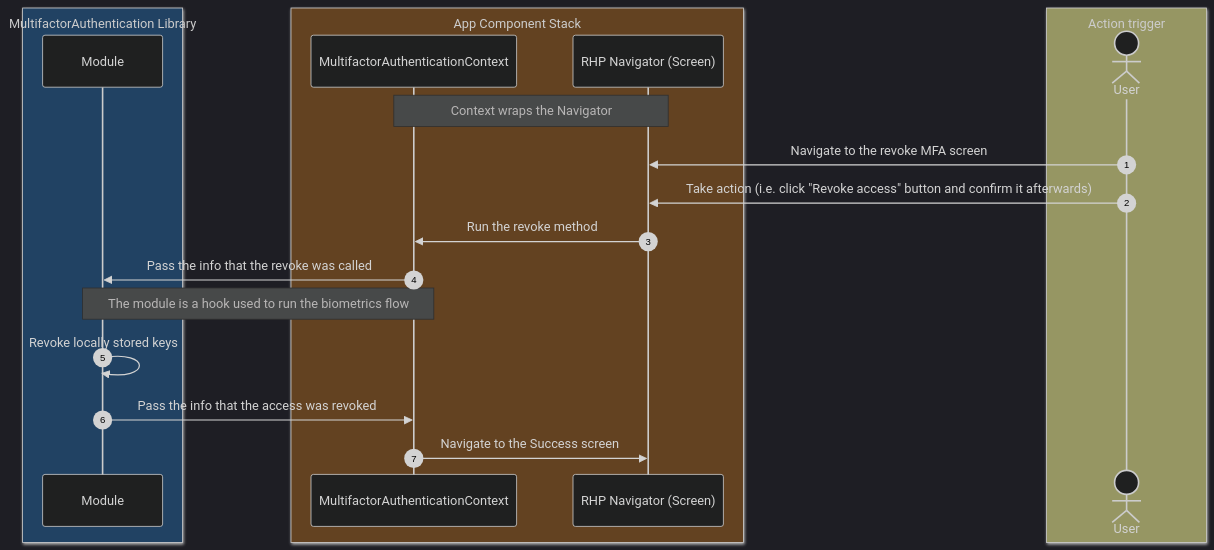
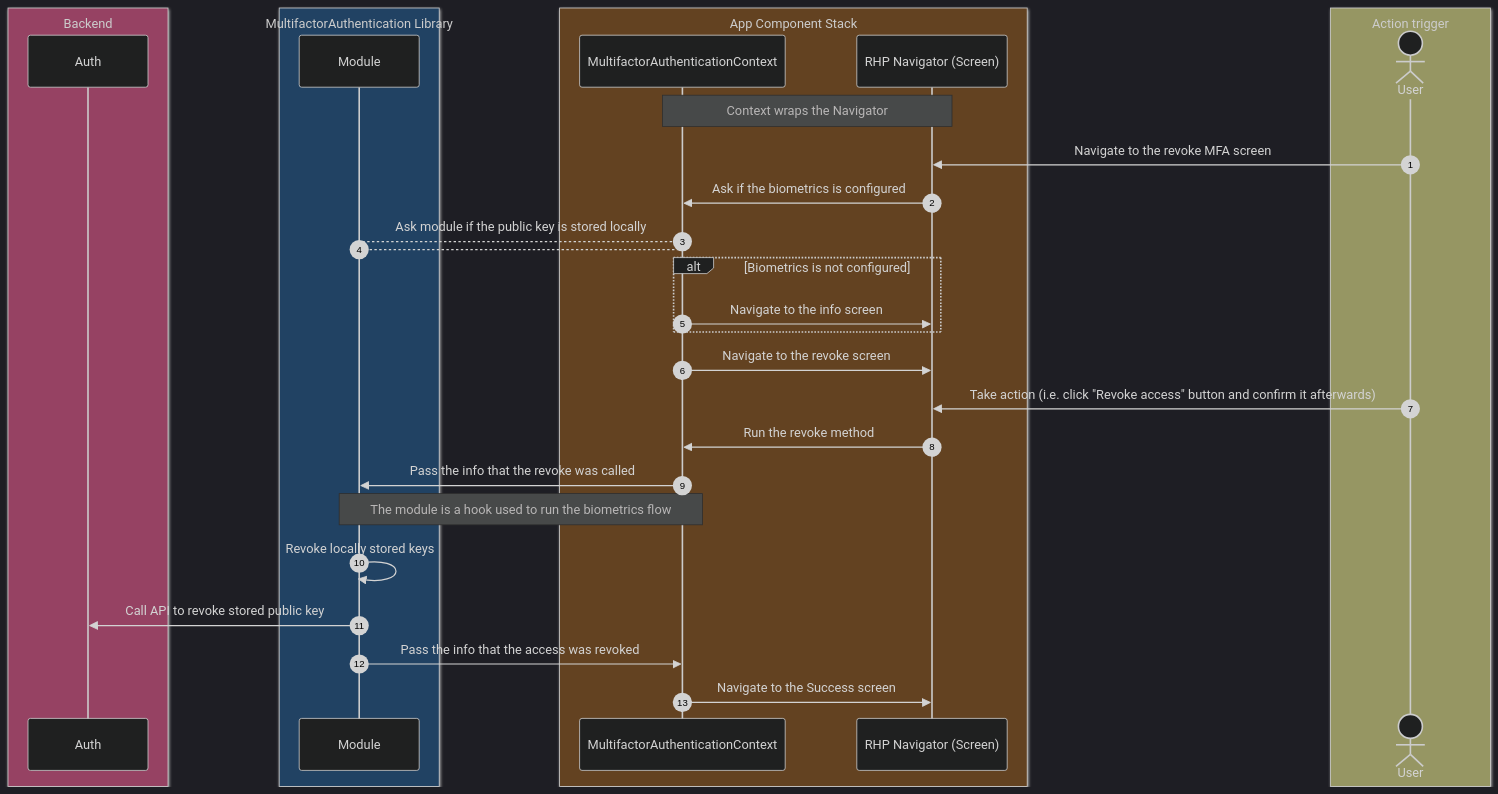
The fifth of 5 diagrams in structure.md (JakubKorytko/expensify-cards), drawn with Mermaid before and after one commit. The commit also changed 2 other files, not shown here.

Commit message:
Update release four diagram

````diff
--- a/structure.md
+++ b/structure.md
@@ -271,32 +271,45 @@
 ```mermaid
 ---
 config:
   theme: dark
 ---
 sequenceDiagram
     autonumber
+    box rgba(150,66,99,1) Backend
+        participant Server as Auth
+    end
+        
+        
     box rgba(33,66,99,1) MultifactorAuthentication Library
         participant Module as Module
     end
 
     box rgba(99,66,33,1) App Component Stack
         participant MFACTX as MultifactorAuthenticationContext
         participant RHPRHP as RHP Navigator (Screen)
     end
 
 
     box rgba(150,150,99,1) Action trigger
         actor User
     end
 
 
     Note over MFACTX,RHPRHP: Context wraps the Navigator
     User->>RHPRHP: Navigate to the revoke MFA screen
+    RHPRHP->>MFACTX: Ask if the biometrics is configured
+    MFACTX-->Module: Ask module if the public key is stored locally
+    Module-->MFACTX: ;
+    alt Biometrics is not configured
+        MFACTX->>RHPRHP: Navigate to the info screen
+    end
+    MFACTX->>RHPRHP: Navigate to the revoke screen
     User->>RHPRHP: Take action (i.e. click "Revoke access" button and confirm it afterwards)
     RHPRHP->>MFACTX: Run the revoke method
     MFACTX->>Module: Pass the info that the revoke was called
         Note over MFACTX,Module: The module is a hook used to run the biometrics flow
     Module->>Module: Revoke locally stored keys
+        Module->>Server: Call API to revoke stored public key
     Module->>MFACTX: Pass the info that the access was revoked
     MFACTX->>RHPRHP: Navigate to the Success screen
 ```
````
